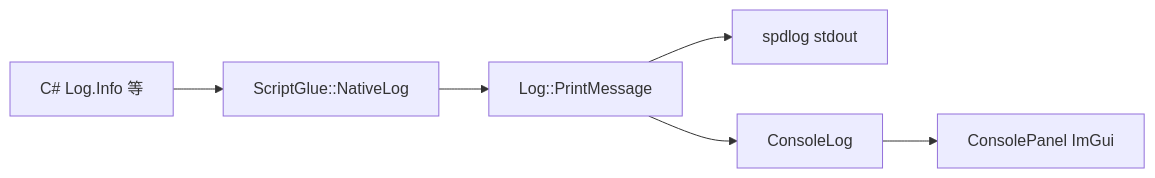
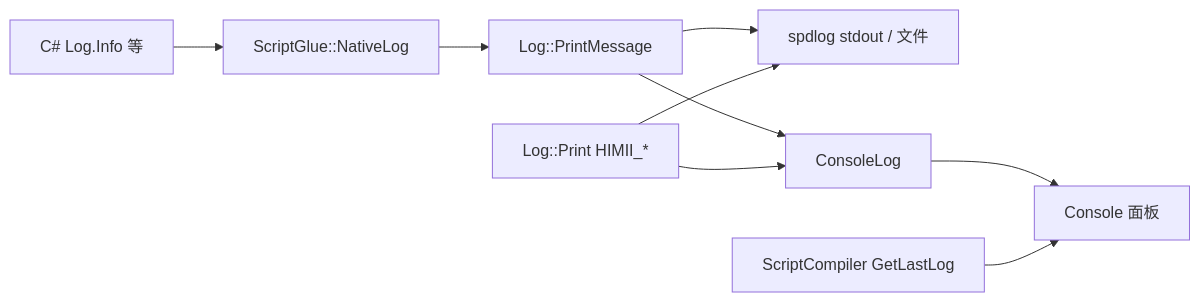
One commit to HimiiFish/HimiiEngine changed the diagram in Docs/docs/DevManual/CoreSystems/Logging.md. Above: the diagram before and after it, drawn with Mermaid. The commit also changed other lines of this file and 22 other files, not shown here.

Commit message:
【修复】统一 Console，修改环境贴图与内置网格的材质shader链路

````diff
--- a/Docs/docs/DevManual/CoreSystems/Logging.md
+++ b/Docs/docs/DevManual/CoreSystems/Logging.md
@@ -9,12 +9,18 @@
 ```mermaid
 flowchart LR
     LogCS["C# Log.Info 等"]
     NativeLog["ScriptGlue::NativeLog"]
     PrintMsg["Log::PrintMessage"]
-    Spdlog["spdlog stdout"]
+    PrintCore["Log::Print HIMII_*"]
+    Spdlog["spdlog stdout / 文件"]
     Buffer["ConsoleLog"]
-    Panel["ConsolePanel ImGui"]
+    Dotnet["ScriptCompiler GetLastLog"]
+    Panel["Console 面板"]
     LogCS --> NativeLog --> PrintMsg
     PrintMsg --> Spdlog
-    PrintMsg --> Buffer --> Panel
+    PrintMsg --> Buffer
+    PrintCore --> Spdlog
+    PrintCore --> Buffer
+    Buffer --> Panel
+    Dotnet --> Panel
 ```
````
